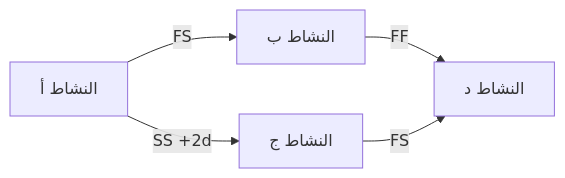
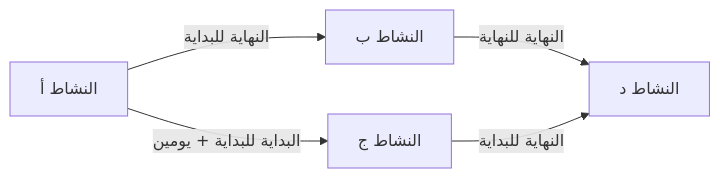
Before and after one commit to fakhruldeen/Tasleemat: the diagram in forms/ar/04_التخطيط/03_الجدول_الزمني/05_المخطط_الشبكي/04_03_05_المخطط_الشبكي_قالب.md, drawn with Mermaid. The commit also changed 9 other files, not shown here.

Commit message:
fix(forms): update Network Diagram and Project Schedule guides to reflect dual viz/tabular nature, and purge English terms from Arabic files

````diff
--- a/forms/ar/04_التخطيط/03_الجدول_الزمني/05_المخطط_الشبكي/04_03_05_المخطط_الشبكي_قالب.md
+++ b/forms/ar/04_التخطيط/03_الجدول_الزمني/05_المخطط_الشبكي/04_03_05_المخطط_الشبكي_قالب.md
@@ -15,8 +15,8 @@
 ```mermaid
 graph LR
     %% [ أضف اعتماديات المخطط الشبكي هنا. فيما يلي مثال: ]
-    A[النشاط أ] -->|FS| B[النشاط ب]
-    A -->|SS +2d| C[النشاط ج]
-    B -->|FF| D[النشاط د]
-    C -->|FS| D
+    A[النشاط أ] -->|النهاية للبداية| B[النشاط ب]
+    A -->|البداية للبداية + يومين| C[النشاط ج]
+    B -->|النهاية للنهاية| D[النشاط د]
+    C -->|النهاية للبداية| D
 ```
````
